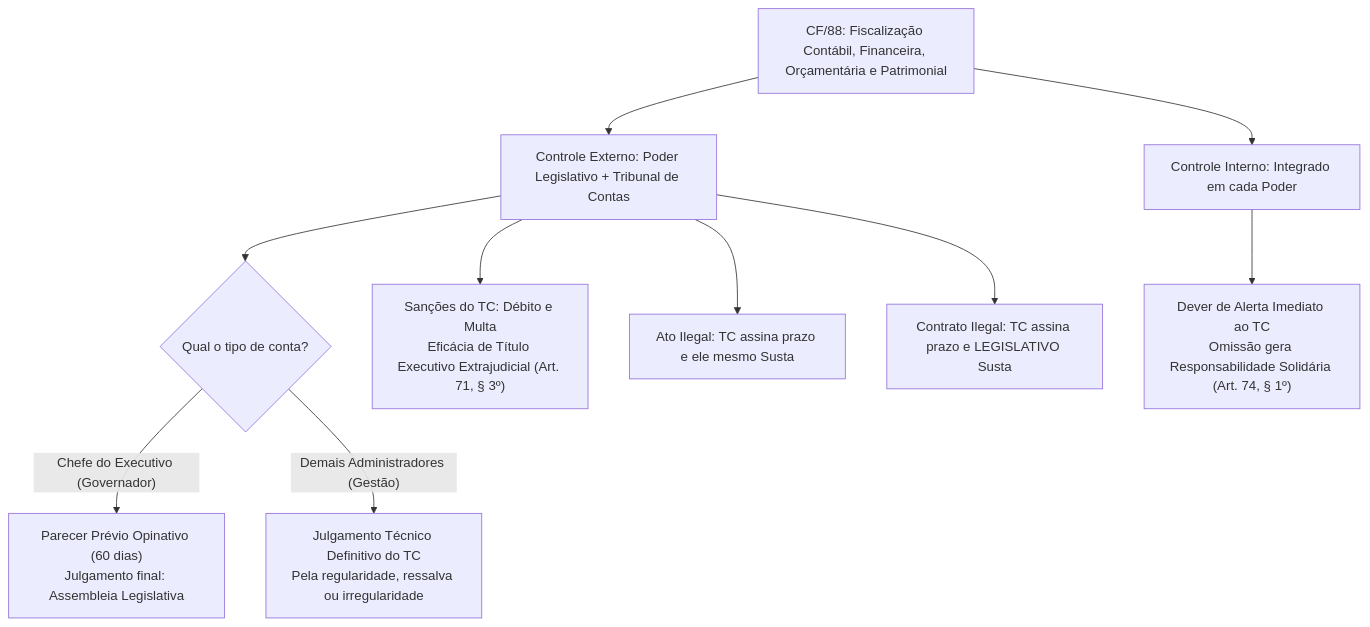
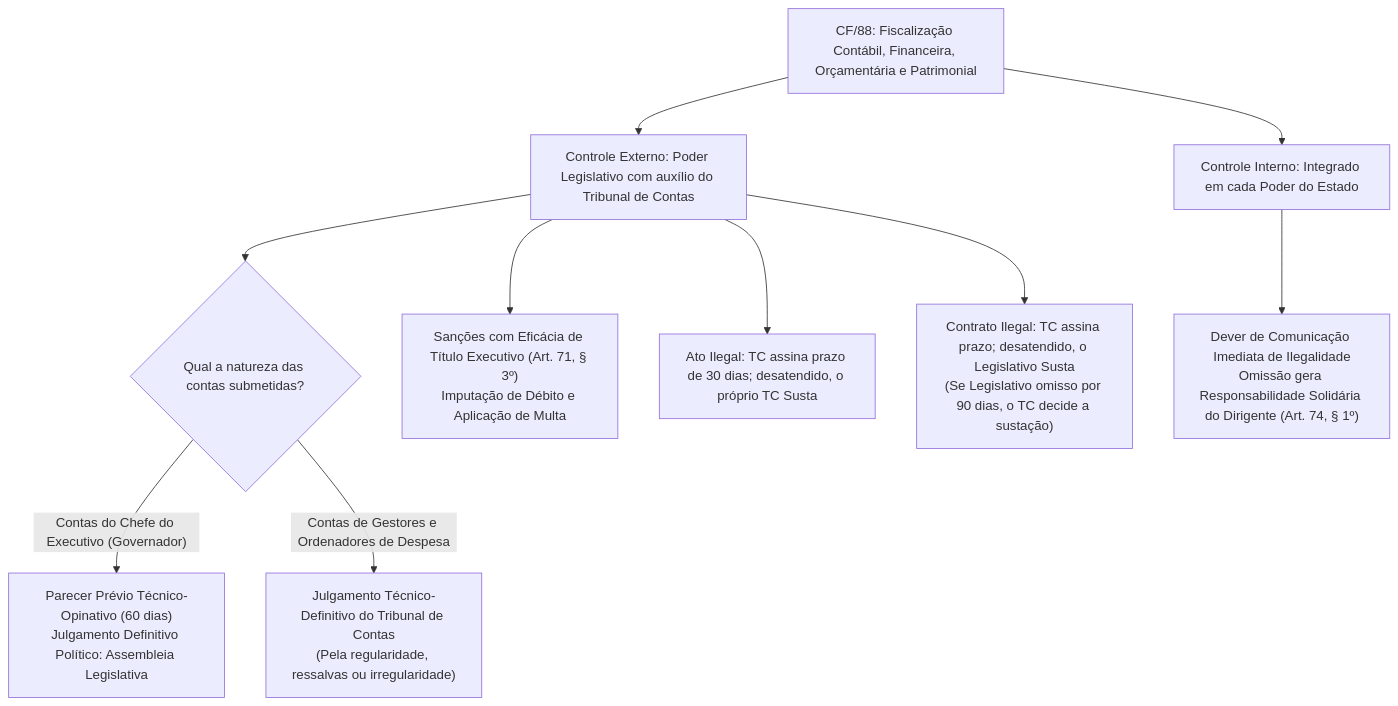
One commit to thiagosantos346/TCE-GO-2027 changed the first of 2 diagrams in fontes_de_estudo/conhecimentos_gerais/03_legislacao_institucional/01_bases_constitucionais_cf88_e_ce_go.md. Above: the diagram before and after it, drawn with Mermaid. The commit also changed other lines of this file and 119 other files, not shown here.

````diff
--- a/fontes_de_estudo/conhecimentos_gerais/03_legislacao_institucional/01_bases_constitucionais_cf88_e_ce_go.md
+++ b/fontes_de_estudo/conhecimentos_gerais/03_legislacao_institucional/01_bases_constitucionais_cf88_e_ce_go.md
@@ -159,15 +155,15 @@
 ```mermaid
 flowchart TD
-    CF[CF/88: Fiscalização Contábil, Financeira, Orçamentária e Patrimonial] --> CE[Controle Externo: Poder Legislativo + Tribunal de Contas]
-    CF --> CI[Controle Interno: Integrado em cada Poder]
+    CF["CF/88: Fiscalização Contábil, Financeira, Orçamentária e Patrimonial"] --> CE["Controle Externo: Poder Legislativo com auxílio do Tribunal de Contas"]
+    CF --> CI["Controle Interno: Integrado em cada Poder do Estado"]
     
-    CE --> JulgContas{Qual o tipo de conta?}
-    JulgContas -- "Chefe do Executivo (Governador)" --> ParecerPrev["Parecer Prévio Opinativo (60 dias)<br/>Julgamento final: Assembleia Legislativa"]
-    JulgContas -- "Demais Administradores (Gestão)" --> JulgDef["Julgamento Técnico Definitivo do TC<br/>Pela regularidade, ressalva ou irregularidade"]
+    CE --> JulgContas{"Qual a natureza das contas submetidas?"}
+    JulgContas -- "Contas do Chefe do Executivo (Governador)" --> ParecerPrev["Parecer Prévio Técnico-Opinativo (60 dias)<br/>Julgamento Definitivo Político: Assembleia Legislativa"]
+    JulgContas -- "Contas de Gestores e Ordenadores de Despesa" --> JulgDef["Julgamento Técnico-Definitivo do Tribunal de Contas<br/>(Pela regularidade, ressalvas ou irregularidade)"]
 
-    CE --> Sanções["Sanções do TC: Débito e Multa<br/>Eficácia de Título Executivo Extrajudicial (Art. 71, § 3º)"]
-    CE --> SustAto["Ato Ilegal: TC assina prazo e ele mesmo Susta"]
-    CE --> SustContrato["Contrato Ilegal: TC assina prazo e LEGISLATIVO Susta"]
+    CE --> Sanc["Sanções com Eficácia de Título Executivo (Art. 71, § 3º)<br/>Imputação de Débito e Aplicação de Multa"]
+    CE --> SustAto["Ato Ilegal: TC assina prazo de 30 dias; desatendido, o próprio TC Susta"]
+    CE --> SustCont["Contrato Ilegal: TC assina prazo; desatendido, o Legislativo Susta<br/>(Se Legislativo omisso por 90 dias, o TC decide a sustação)"]
 
-    CI --> Alerta["Dever de Alerta Imediato ao TC<br/>Omissão gera Responsabilidade Solidária (Art. 74, § 1º)"]
+    CI --> DeverAler["Dever de Comunicação Imediata de Ilegalidade<br/>Omissão gera Responsabilidade Solidária do Dirigente (Art. 74, § 1º)"]
 ```
````
